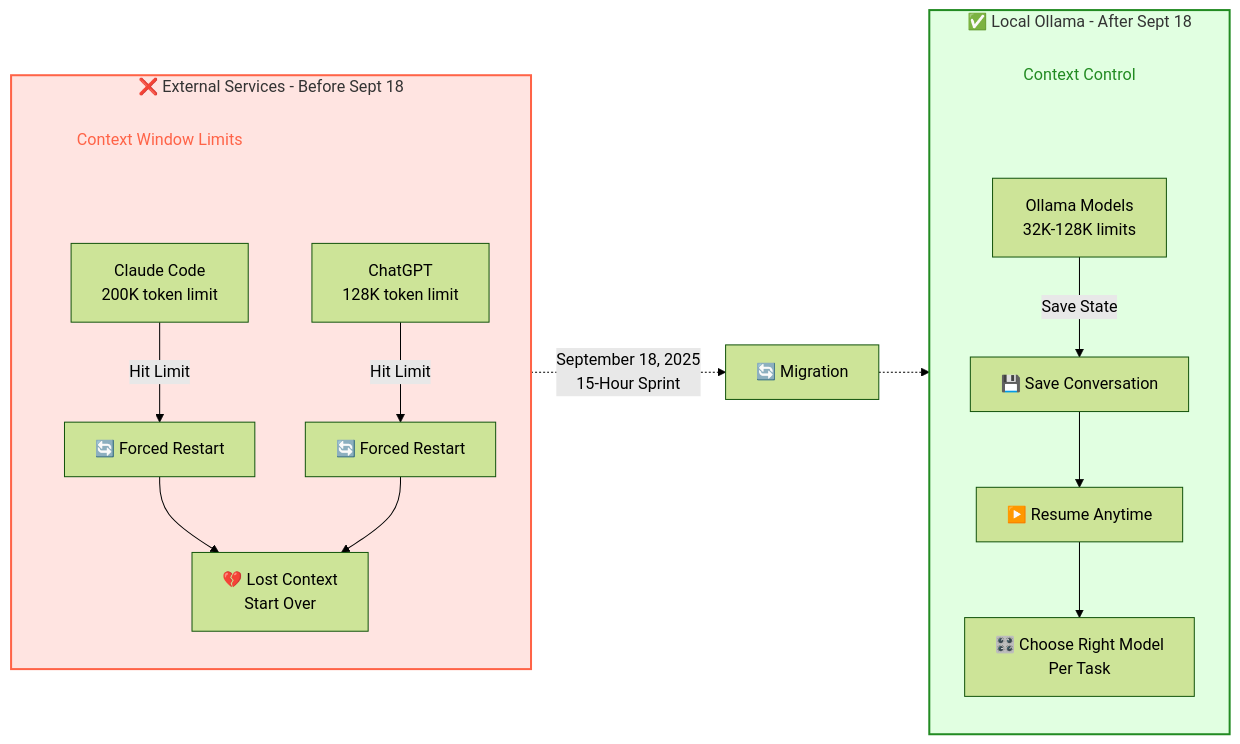
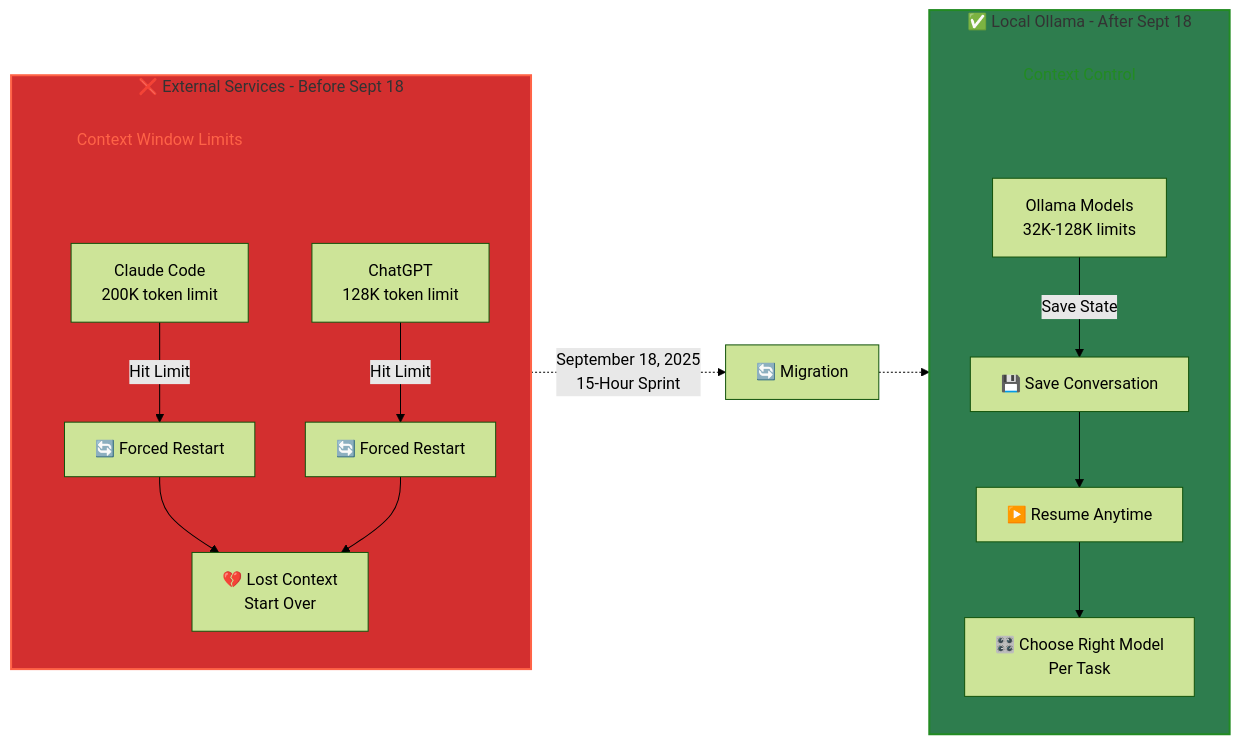
Before and after one commit to rduffyuk/blog: the first of 3 diagrams in content/posts/2025-10-05-season-1-episode-3-ai-awakening.md, drawn with Mermaid (forest theme). The commit also changed other lines of this file and 15 other files, not shown here.

First line of the commit message:
Fix all diagram backgrounds and increase text to 72px

````diff
--- a/content/posts/2025-10-05-season-1-episode-3-ai-awakening.md
+++ b/content/posts/2025-10-05-season-1-episode-3-ai-awakening.md
@@ -60,34 +60,34 @@
 ```mermaid
 graph LR
     subgraph External["❌ External Services - Before Sept 18"]
         direction TB
         Title1[Context Window Limits]
         style Title1 fill:none,stroke:none,color:#ff6347
 
         Claude[Claude Code<br/>200K token limit] -->|Hit Limit| Restart1[🔄 Forced Restart]
         ChatGPT[ChatGPT<br/>128K token limit] -->|Hit Limit| Restart2[🔄 Forced Restart]
 
         Restart1 --> LostContext[💔 Lost Context<br/>Start Over]
         Restart2 --> LostContext
 
         Title1 ~~~ Claude
     end
 
     subgraph Local["✅ Local Ollama - After Sept 18"]
         direction TB
         Title2[Context Control]
         style Title2 fill:none,stroke:none,color:#228b22
 
         Ollama[Ollama Models<br/>32K-128K limits] -->|Save State| Persist[💾 Save Conversation]
         Persist --> Resume[▶️ Resume Anytime]
         Resume --> Control[🎛️ Choose Right Model<br/>Per Task]
 
         Title2 ~~~ Ollama
     end
 
     External -.->|"September 18, 2025<br/>15-Hour Sprint"| Migration[🔄 Migration]
     Migration -.-> Local
 
-    style External fill:#ffe4e1,stroke:#ff6347,stroke-width:2px
-    style Local fill:#e1ffe1,stroke:#228b22,stroke-width:2px
+    style External fill:#D32F2F,stroke:#ff6347,stroke-width:2px
+    style Local fill:#2E7D4E,stroke:#228b22,stroke-width:2px
 ```
````
